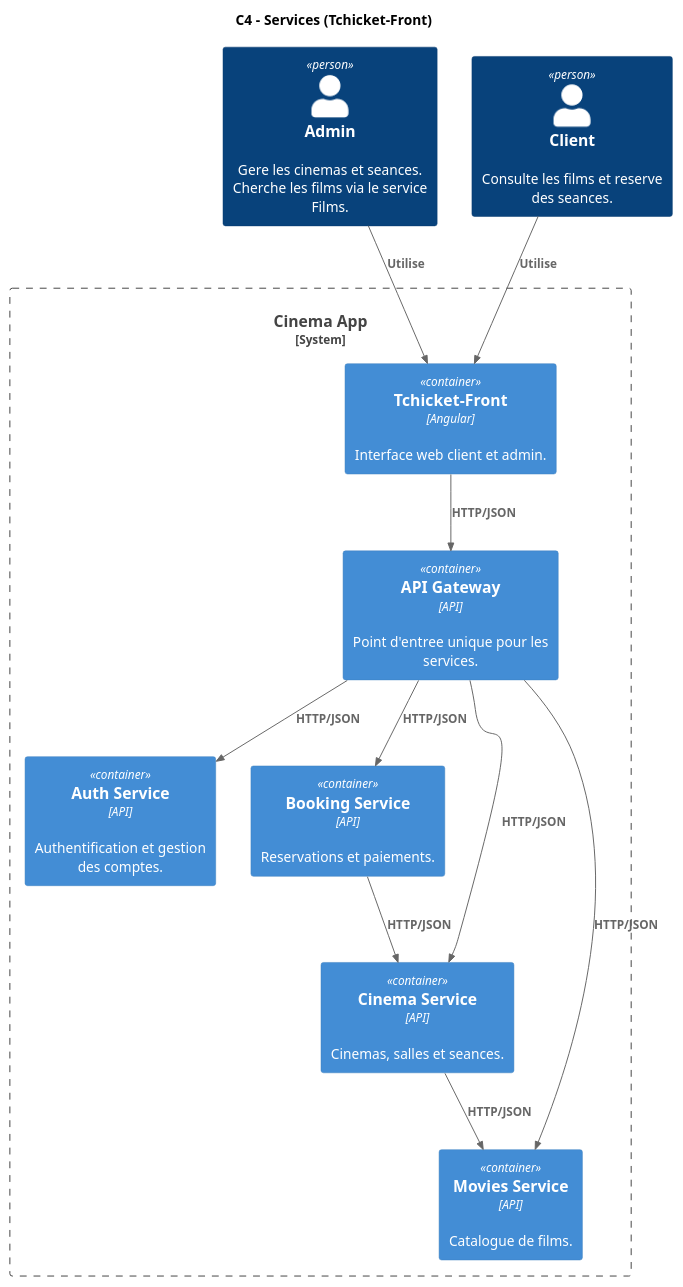
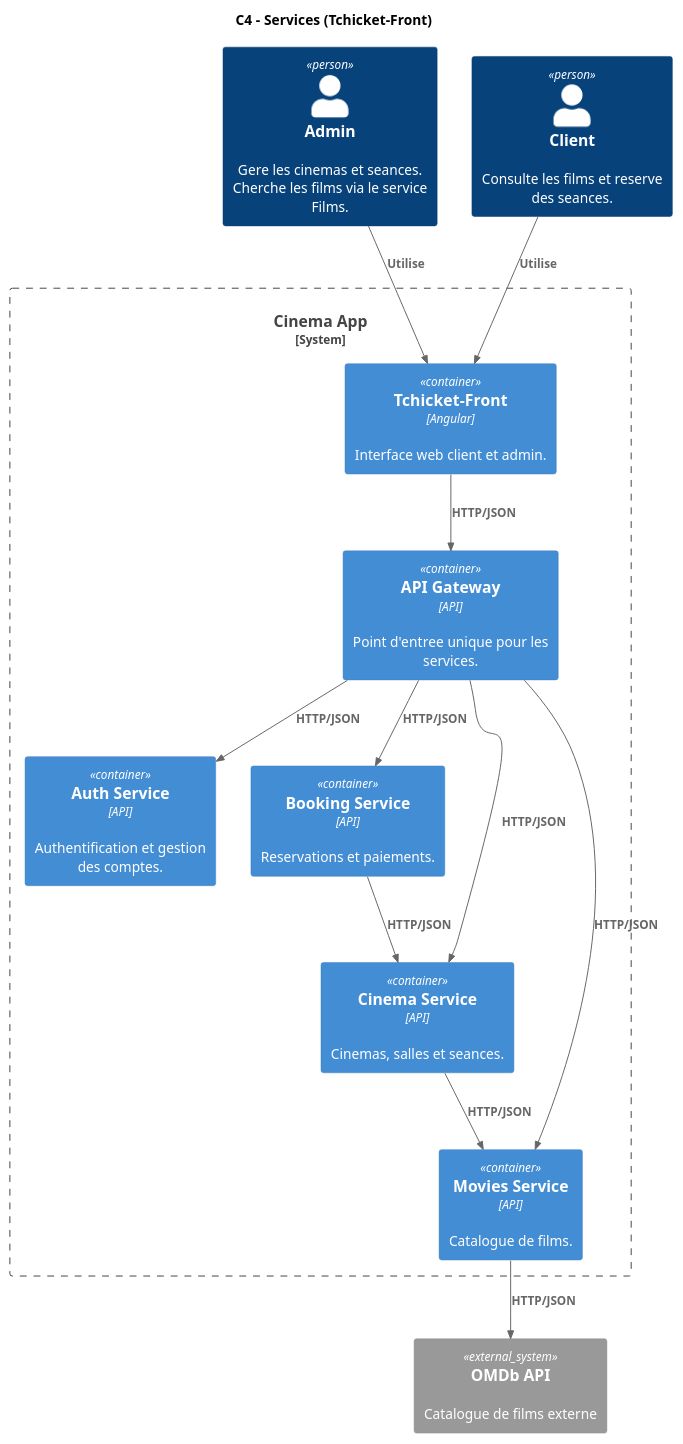
One commit to tomFregonese/boiler-plate changed the diagram in diagrams/c4-services.puml. Above: the diagram before and after it, drawn with PlantUML. The commit also changed 4 other files, not shown here.

Commit message:
C4 Models - Architecture, Services + Use Case Cinéma, Booking, etc.

```diff
--- a/diagrams/c4-services.puml
+++ b/diagrams/c4-services.puml
@@ -1,31 +1,34 @@
 @startuml
 !include https://raw.githubusercontent.com/plantuml-stdlib/C4-PlantUML/master/C4_Container.puml
 
 title C4 - Services (Tchicket-Front)
 
 Person(admin, "Admin", "Gere les cinemas et seances. Cherche les films via le service Films.")
 Person(customer, "Client", "Consulte les films et reserve des seances.")
 
 System_Boundary(cinema_system, "Cinema App") {
   Container(frontend, "Tchicket-Front", "Angular", "Interface web client et admin.")
 
   Container(api_gateway, "API Gateway", "API", "Point d'entree unique pour les services.")
   Container(auth_service, "Auth Service", "API", "Authentification et gestion des comptes.")
   Container(booking_service, "Booking Service", "API", "Reservations et paiements.")
   Container(movies_service, "Movies Service", "API", "Catalogue de films.")
   Container(cinema_service, "Cinema Service", "API", "Cinemas, salles et seances.")
 }
 
+System_Ext(omdb_api, "OMDb API", "Catalogue de films externe")
+
 Rel(admin, frontend, "Utilise")
 Rel(customer, frontend, "Utilise")
 
 Rel(frontend, api_gateway, "HTTP/JSON")
 Rel(api_gateway, auth_service, "HTTP/JSON")
 Rel(api_gateway, booking_service, "HTTP/JSON")
 Rel(api_gateway, movies_service, "HTTP/JSON")
 Rel(api_gateway, cinema_service, "HTTP/JSON")
 
 Rel(booking_service, cinema_service, "HTTP/JSON")
 Rel(cinema_service, movies_service, "HTTP/JSON")
+Rel(movies_service, omdb_api, "HTTP/JSON")
 
 @enduml
```
